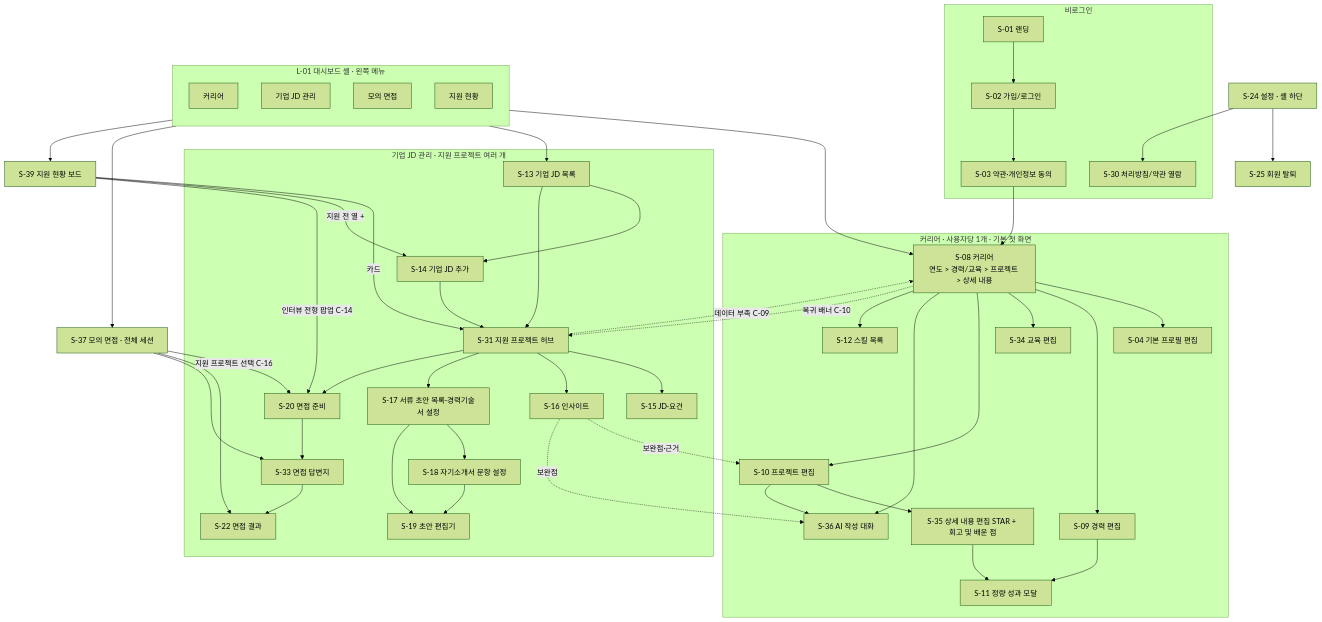
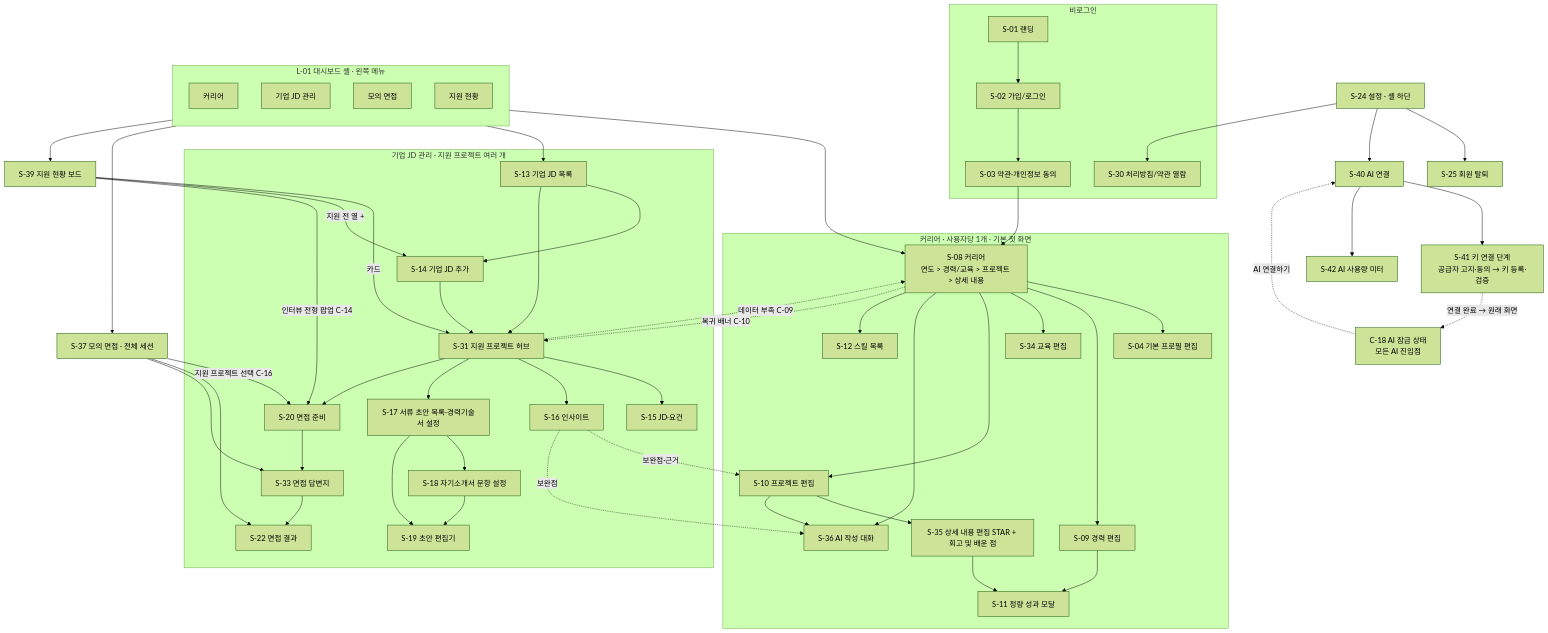
Before and after one commit to j-hyunn/resumate: the first of 19 diagrams in _workspace/02_ux-planner_flows.md, drawn with Mermaid (forest theme). The commit also changed other lines of this file and 11 other files, not shown here.

````diff
--- a/_workspace/02_ux-planner_flows.md
+++ b/_workspace/02_ux-planner_flows.md
@@ -114,4 +116,9 @@
   S24[S-24 설정 · 셸 하단]
   S24 --> S25[S-25 회원 탈퇴]
   S24 --> S30
+  S24 --> S40[S-40 AI 연결]
+  S40 --> S41[S-41 키 연결 단계<br/>공급자 고지·동의 → 키 등록·검증]
+  S40 --> S42[S-42 AI 사용량 미터]
+  C18[C-18 AI 잠금 상태<br/>모든 AI 진입점] -.AI 연결하기.-> S40
+  S41 -.연결 완료 → 원래 화면.-> C18
 ```
````
